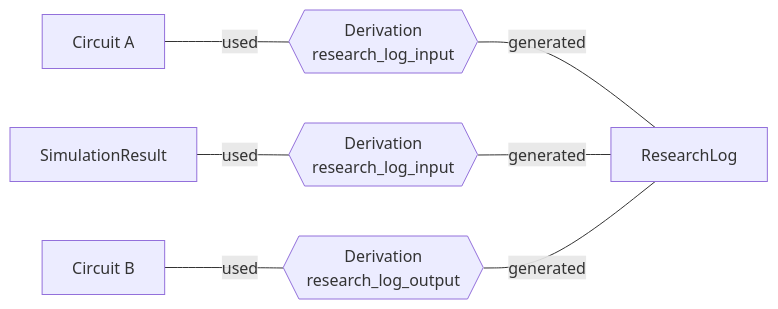
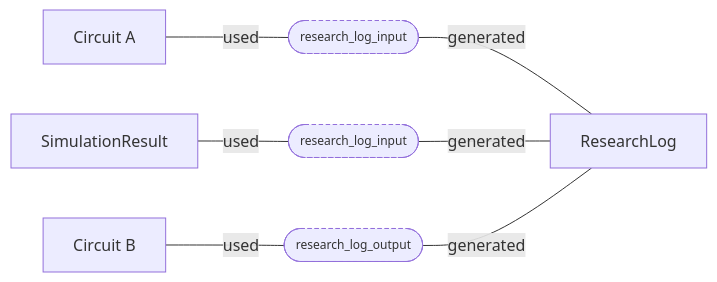
One commit to openbraininstitute/entitycore changed the diagram in docs/design/2026-10-research-log-entity.md. Above: the diagram before and after it, drawn with Mermaid. The commit also changed other lines of this file, not shown here.

Commit message:
ResearchLog design: theme-neutral derivation diagram

````diff
--- a/docs/design/2026-10-research-log-entity.md
+++ b/docs/design/2026-10-research-log-entity.md
@@ -60,6 +60,8 @@
 ```mermaid
 flowchart LR
-    inA["Circuit A"] ---|used| d1{{"Derivation<br/>research_log_input"}} ---|generated| rl["ResearchLog"]
-    inB["SimulationResult"] ---|used| d2{{"Derivation<br/>research_log_input"}} ---|generated| rl
-    out["Circuit B"] ---|used| d3{{"Derivation<br/>research_log_output"}} ---|generated| rl
+    inA["Circuit A"] ---|used| d1(["research_log_input"]) ---|generated| rl["ResearchLog"]
+    inB["SimulationResult"] ---|used| d2(["research_log_input"]) ---|generated| rl
+    out["Circuit B"] ---|used| d3(["research_log_output"]) ---|generated| rl
+    classDef derivation stroke-dasharray:4 3,font-size:12px
+    class d1,d2,d3 derivation
 ```
````
